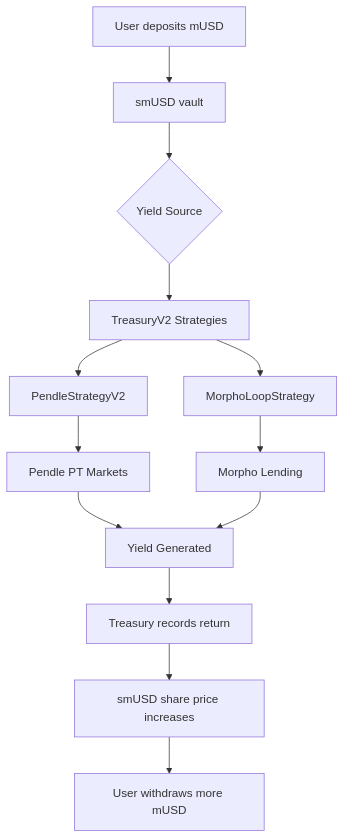
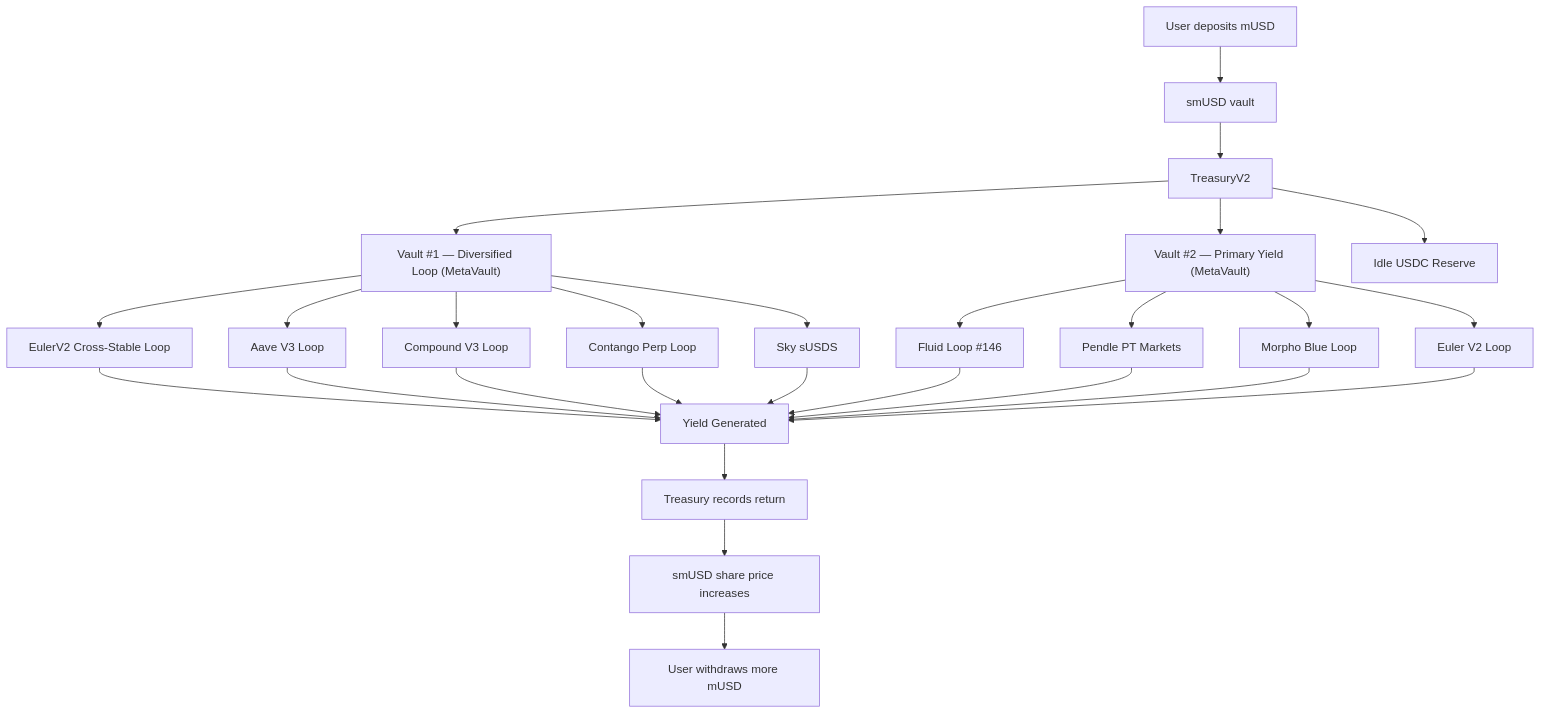
Before and after one commit to luthatdude/Minted-mUSD-Canton: the seventh of 10 diagrams in docs/DIAGRAMS.md, drawn with Mermaid. The commit also changed other lines of this file and 6 other files, not shown here.

````diff
--- a/docs/DIAGRAMS.md
+++ b/docs/DIAGRAMS.md
@@ -175,19 +175,34 @@
 ```mermaid
 flowchart TD
     A[User deposits mUSD] --> B[smUSD vault]
-    B --> C{Yield Source}
+    B --> C[TreasuryV2]
     
-    C --> D[TreasuryV2 Strategies]
-    D --> E[PendleStrategyV2]
-    D --> F[MorphoLoopStrategy]
+    C --> V1["Vault #1 — Diversified Loop (MetaVault)"]
+    C --> V2["Vault #2 — Primary Yield (MetaVault)"]
+    C --> R[Idle USDC Reserve]
     
-    E --> G[Pendle PT Markets]
-    F --> H[Morpho Lending]
+    V1 --> S1[EulerV2 Cross-Stable Loop]
+    V1 --> S2[Aave V3 Loop]
+    V1 --> S3[Compound V3 Loop]
+    V1 --> S4[Contango Perp Loop]
+    V1 --> S5[Sky sUSDS]
     
-    G --> I[Yield Generated]
-    H --> I
+    V2 --> S6[Fluid Loop #146]
+    V2 --> S7[Pendle PT Markets]
+    V2 --> S8[Morpho Blue Loop]
+    V2 --> S9[Euler V2 Loop]
     
-    I --> J[Treasury records return]
+    S1 --> Y[Yield Generated]
+    S2 --> Y
+    S3 --> Y
+    S4 --> Y
+    S5 --> Y
+    S6 --> Y
+    S7 --> Y
+    S8 --> Y
+    S9 --> Y
+    
+    Y --> J[Treasury records return]
     J --> K[smUSD share price increases]
     K --> L[User withdraws more mUSD]
 ```
````
